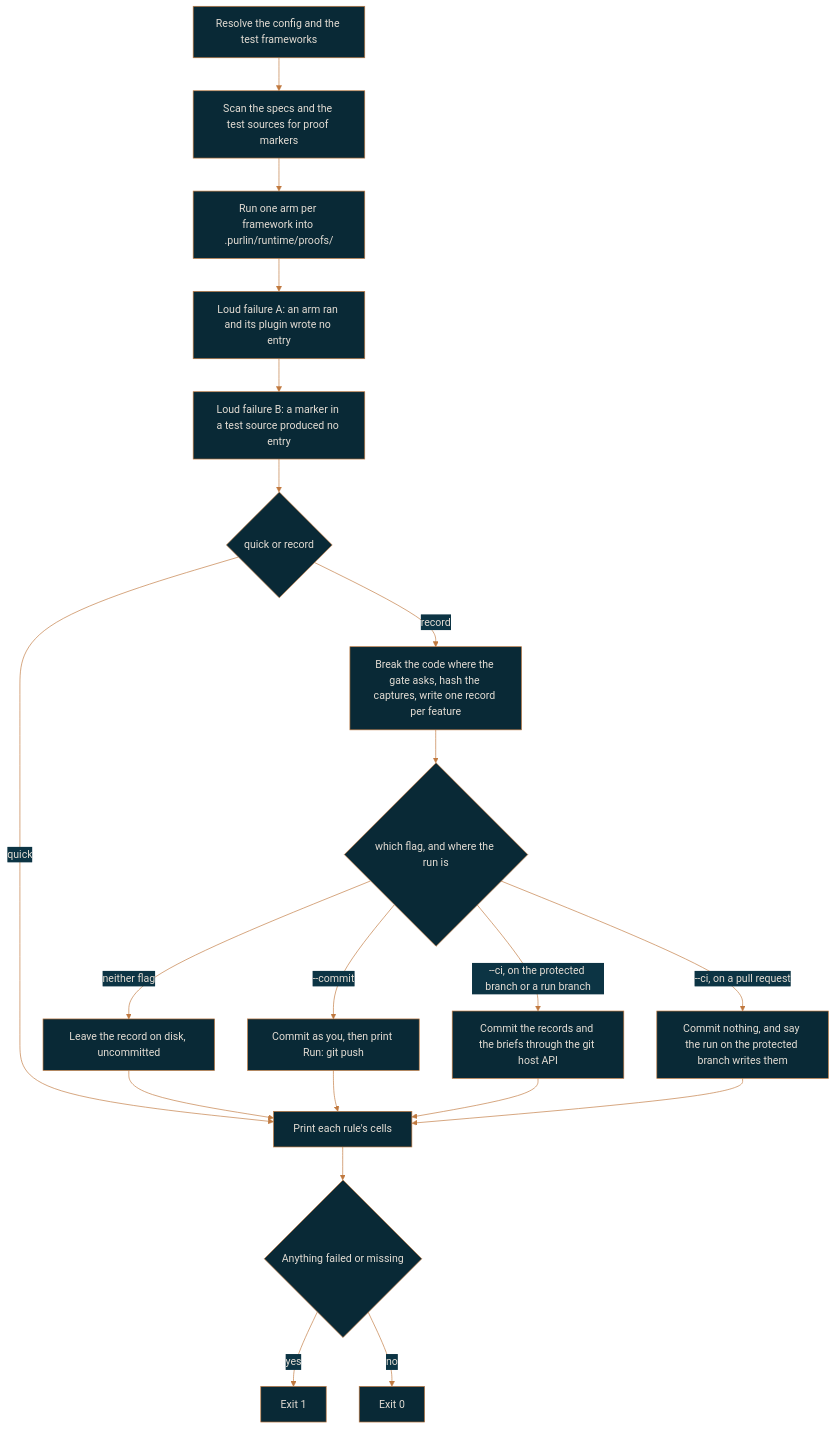
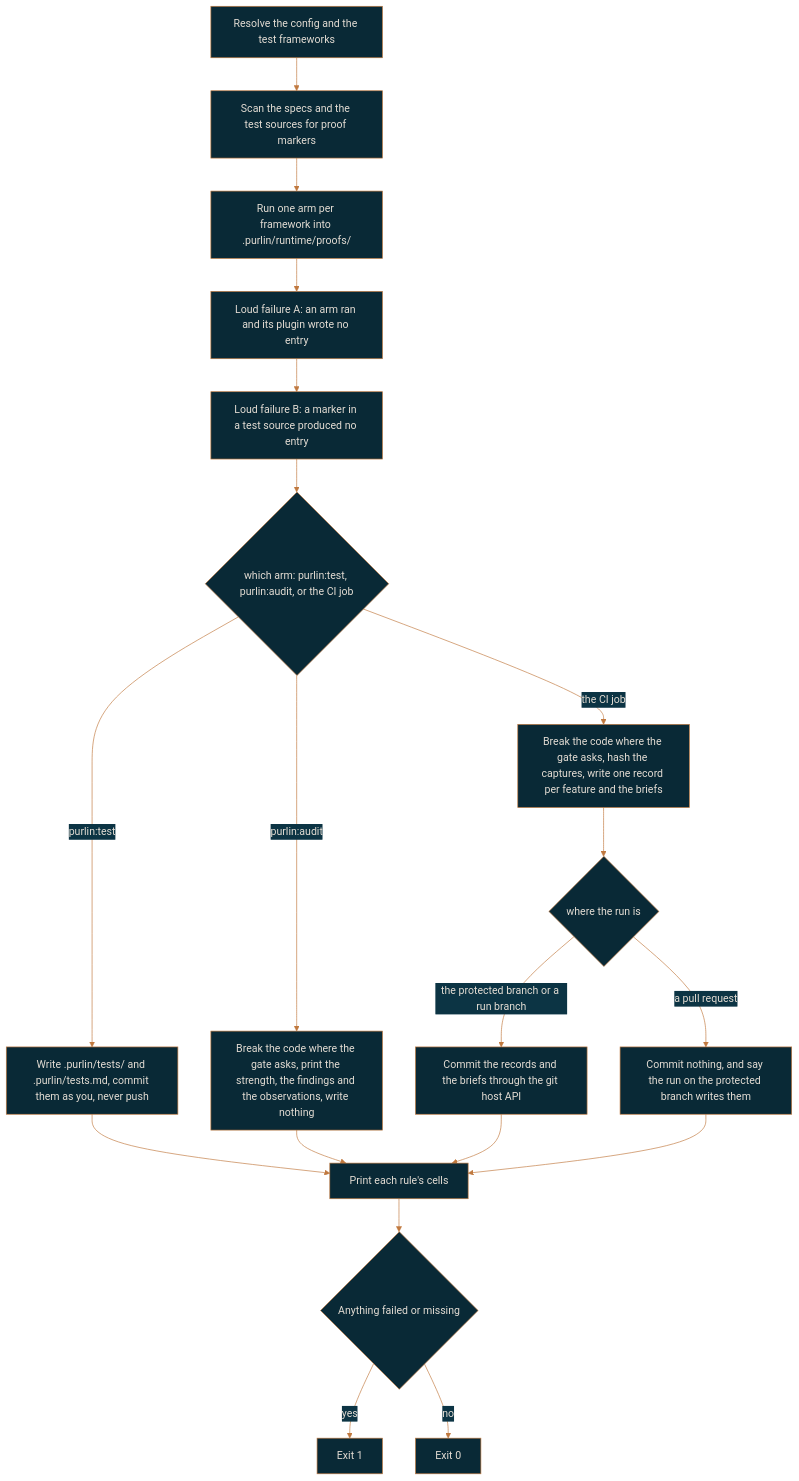
Before and after one commit to rlabarca/purlin: the diagram in docs/running-and-records.md, drawn with Mermaid. The commit also changed other lines of this file and 9 other files, not shown here.

````diff
--- a/docs/running-and-records.md
+++ b/docs/running-and-records.md
@@ -58,23 +85,22 @@
 ```mermaid
 %%{init: {"theme": "base", "themeVariables": {"background": "#0C3444", "primaryColor": "#092936", "primaryTextColor": "#E4DDD4", "primaryBorderColor": "#C0793F", "lineColor": "#C0793F", "secondaryColor": "#0C3444", "tertiaryColor": "#092936", "fontFamily": "Arial", "textColor": "#E4DDD4"}}}%%
 flowchart TD
   A[Resolve the config and the test frameworks] --> B[Scan the specs and the test sources for proof markers]
   B --> C[Run one arm per framework into .purlin/runtime/proofs/]
   C --> D[Loud failure A: an arm ran and its plugin wrote no entry]
   D --> E[Loud failure B: a marker in a test source produced no entry]
-  E --> F{quick or record}
-  F -- quick --> G[Print each rule's cells]
-  F -- record --> H[Break the code where the gate asks, hash the captures, write one record per feature]
-  H --> Ci{"which flag, and where the run is"}
-  Ci -->|"neither flag"| I0["Leave the record on disk, uncommitted"]
-  Ci -->|"--commit"| I1["Commit as you, then print Run: git push"]
-  Ci -->|"--ci, on the protected branch or a run branch"| I2["Commit the records and the briefs through the git host API"]
-  Ci -->|"--ci, on a pull request"| I3["Commit nothing, and say the run on the protected branch writes them"]
-  I0 --> G
-  I1 --> G
+  E --> F{"which arm: purlin:test, purlin:audit, or the CI job"}
+  F -- "purlin:test" --> T1["Write .purlin/tests/ and .purlin/tests.md, commit them as you, never push"]
+  F -- "purlin:audit" --> A1["Break the code where the gate asks, print the strength, the findings and the observations, write nothing"]
+  F -- "the CI job" --> H["Break the code where the gate asks, hash the captures, write one record per feature and the briefs"]
+  H --> Ci{"where the run is"}
+  Ci -->|"the protected branch or a run branch"| I2["Commit the records and the briefs through the git host API"]
+  Ci -->|"a pull request"| I3["Commit nothing, and say the run on the protected branch writes them"]
+  T1 --> G["Print each rule's cells"]
+  A1 --> G
   I2 --> G
   I3 --> G
   G --> J{Anything failed or missing}
   J -- yes --> K[Exit 1]
   J -- no --> L[Exit 0]
 ```
````
